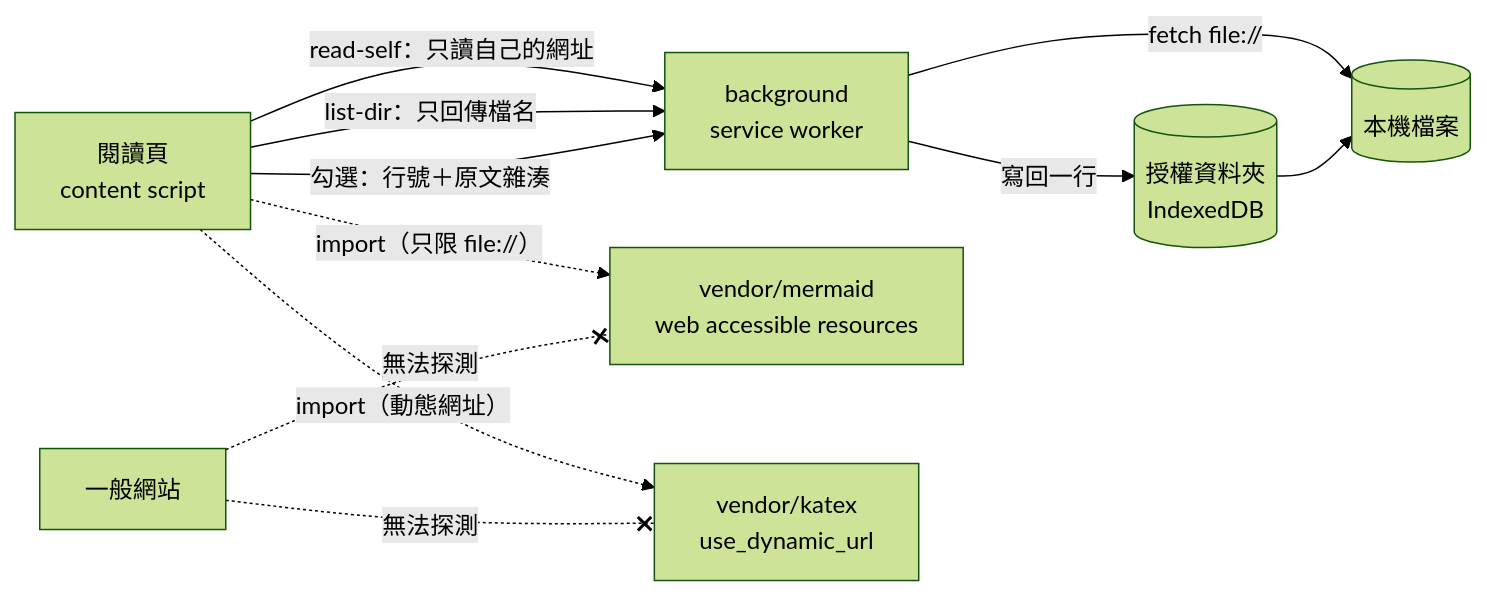
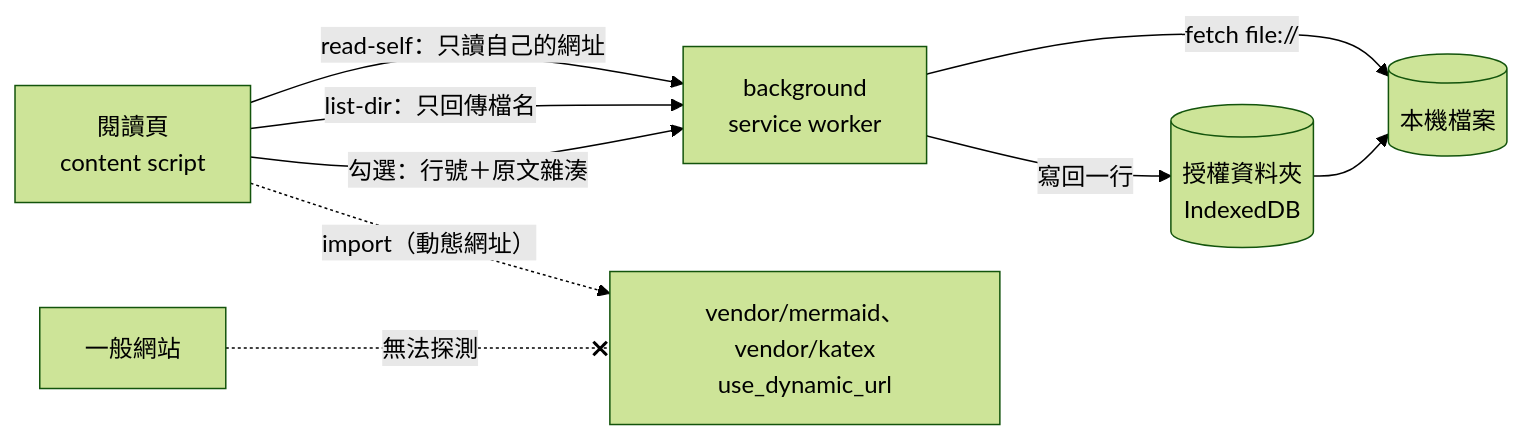
The diagram in docs/DEVELOPMENT.md (xjin9612/marklens), drawn with Mermaid (forest theme) before and after one commit. The commit also changed other lines of this file and 127 other files, not shown here.

First line of the commit message:
feat: 網頁上也繪製 Mermaid 圖表

````diff
--- a/docs/DEVELOPMENT.md
+++ b/docs/DEVELOPMENT.md
@@ -95,13 +95,11 @@
 ```mermaid
 flowchart LR
   page["閱讀頁<br>content script"] -- "read-self：只讀自己的網址" --> bg["background<br>service worker"]
   page -- "list-dir：只回傳檔名" --> bg
   page -- "勾選：行號＋原文雜湊" --> bg
   bg -- "fetch file://" --> fs[("本機檔案")]
   bg -- "寫回一行" --> roots[("授權資料夾<br>IndexedDB")]
   roots --> fs
-  page -. "import（只限 file://）" .-> war["vendor/mermaid<br>web accessible resources"]
-  page -. "import（動態網址）" .-> katex["vendor/katex<br>use_dynamic_url"]
-  web -. "無法探測" .-x katex
+  page -. "import（動態網址）" .-> war["vendor/mermaid、vendor/katex<br>use_dynamic_url"]
   web["一般網站"] -. "無法探測" .-x war
 ```
````
